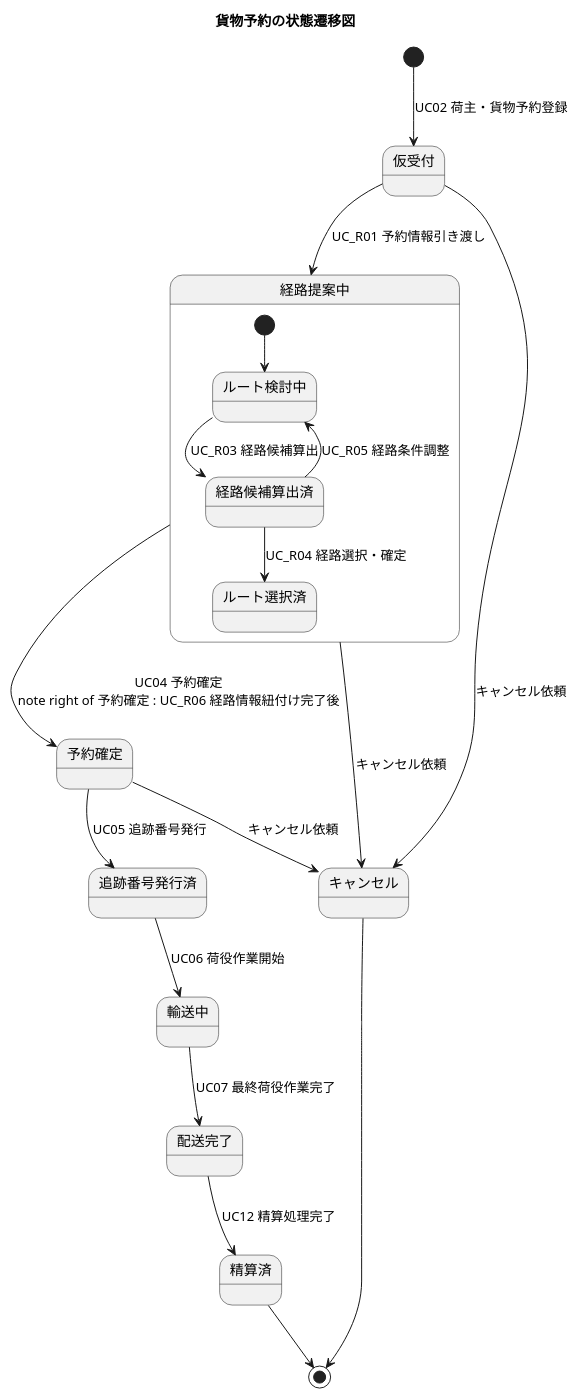
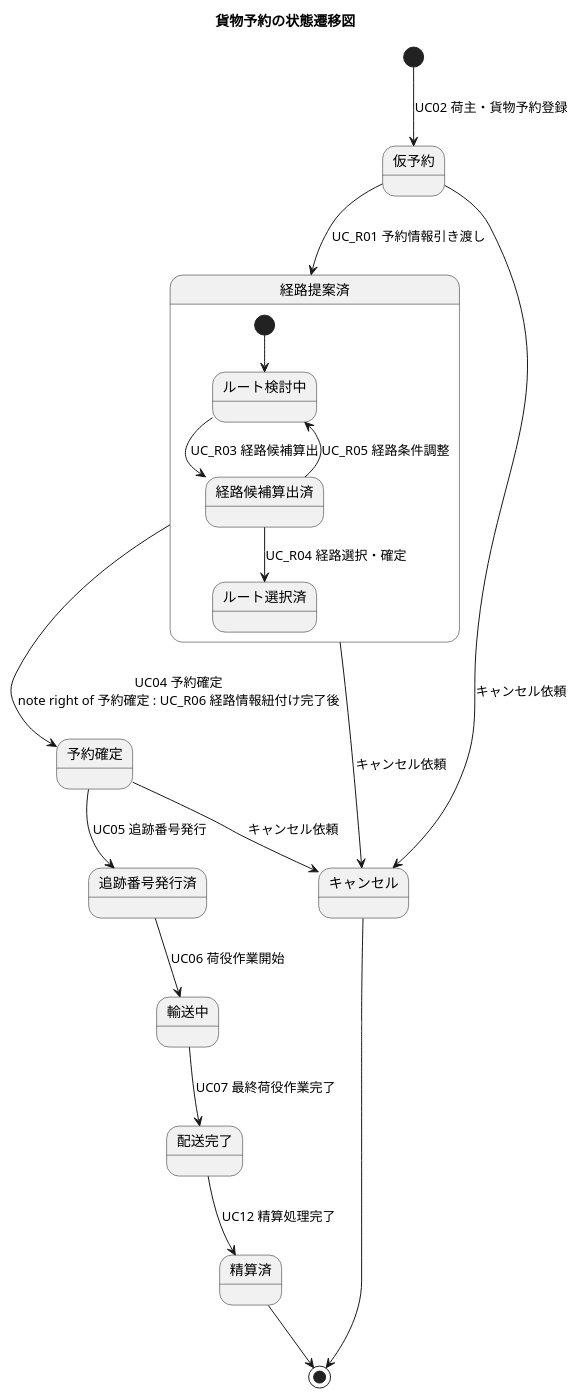
One commit to k2works/case-study-cargo-tracker changed diagram 20 of 21 in docs/requirements/requirements_definition.md. Above: the diagram before and after it, drawn with PlantUML. The commit also changed other lines of this file and 18 other files, not shown here.

````diff
--- a/docs/requirements/requirements_definition.md
+++ b/docs/requirements/requirements_definition.md
@@ -1065,31 +1065,31 @@
 ```plantuml
 @startuml
 
 title 貨物予約の状態遷移図
 
-[*] --> 仮受付 : UC02 荷主・貨物予約登録
+[*] --> 仮予約 : UC02 荷主・貨物予約登録
 
-仮受付 --> 経路提案中 : UC_R01 予約情報引き渡し
+仮予約 --> 経路提案済 : UC_R01 予約情報引き渡し
 
-state 経路提案中 {
+state 経路提案済 {
   [*] --> ルート検討中
   ルート検討中 --> 経路候補算出済 : UC_R03 経路候補算出
   経路候補算出済 --> ルート選択済 : UC_R04 経路選択・確定
   経路候補算出済 --> ルート検討中 : UC_R05 経路条件調整
 }
 
-経路提案中 --> 予約確定 : UC04 予約確定\nnote right of 予約確定 : UC_R06 経路情報紐付け完了後
+経路提案済 --> 予約確定 : UC04 予約確定\nnote right of 予約確定 : UC_R06 経路情報紐付け完了後
 予約確定 --> 追跡番号発行済 : UC05 追跡番号発行
 追跡番号発行済 --> 輸送中 : UC06 荷役作業開始
 
 輸送中 --> 配送完了 : UC07 最終荷役作業完了
 配送完了 --> 精算済 : UC12 精算処理完了
 精算済 --> [*]
 
-仮受付 --> キャンセル : キャンセル依頼
-経路提案中 --> キャンセル : キャンセル依頼
+仮予約 --> キャンセル : キャンセル依頼
+経路提案済 --> キャンセル : キャンセル依頼
 予約確定 --> キャンセル : キャンセル依頼
 キャンセル --> [*]
 
 @enduml
 ```
````
